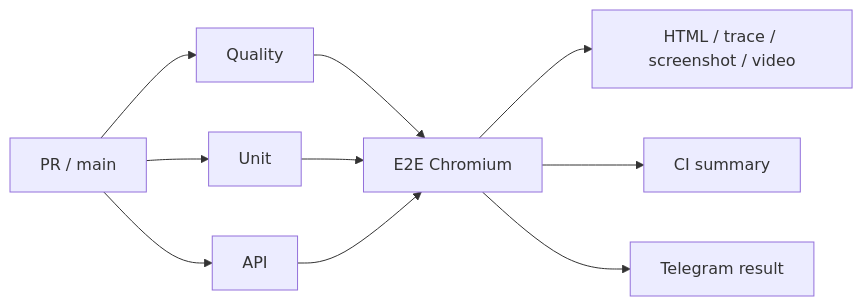
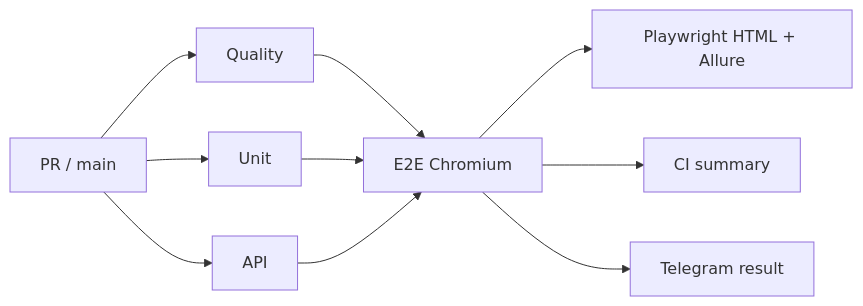
One commit to TokhirjonYuldoshev/pomidorqa-tests changed the second of 2 diagrams in docs/architecture.md. Above: the diagram before and after it, drawn with Mermaid. The commit also changed other lines of this file and 3 other files, not shown here.

````diff
--- a/docs/architecture.md
+++ b/docs/architecture.md
@@ -157,12 +157,12 @@
 ```mermaid
 flowchart LR
     PR[PR / main] --> Q[Quality]
     PR --> U[Unit]
     PR --> A[API]
     Q --> E[E2E Chromium]
     U --> E
     A --> E
-    E --> REPORT[HTML / trace / screenshot / video]
+    E --> REPORT[Playwright HTML + Allure]
     E --> SUMMARY[CI summary]
     E --> TG[Telegram result]
 ```
````
